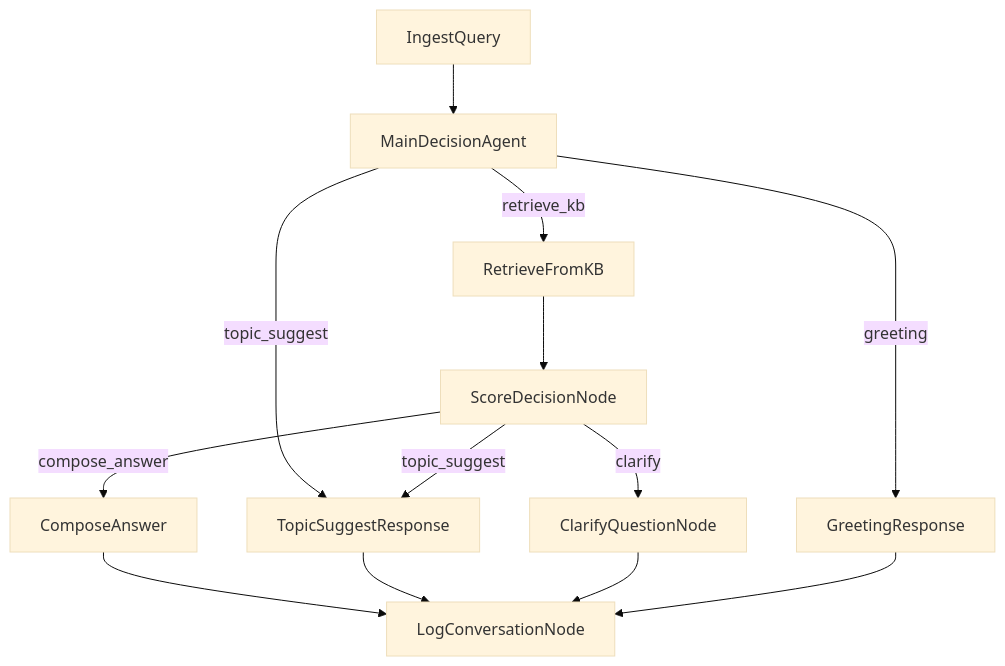
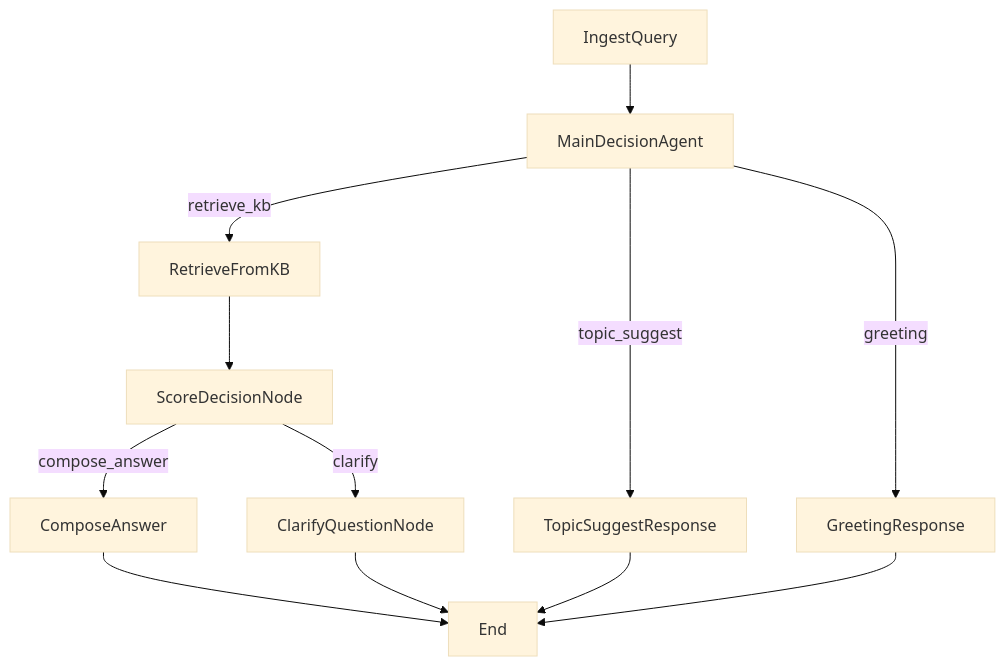
The diagram in docs/updated_flow_diagram.md (NguyenNhat4/chatbot-rhm-api), drawn with Mermaid (base theme) before and after one commit.

Commit message:
Update flow diagram to finalize node connections
- Changed the flow diagram to connect all nodes to the End node instead of the LogConversationNode, streamlining the flow and enhancing clarity in the updated medical agent process.

````diff
--- a/docs/updated_flow_diagram.md
+++ b/docs/updated_flow_diagram.md
@@ -5,19 +5,19 @@
 ```mermaid
 flowchart TD
     start[IngestQuery] --> main[MainDecisionAgent]
     
     main -->|retrieve_kb| retrieve[RetrieveFromKB]
     main -->|topic_suggest| topic[TopicSuggestResponse]
     main -->|greeting| greeting[GreetingResponse]
     
     retrieve --> score[ScoreDecisionNode]
     
     score -->|compose_answer| compose[ComposeAnswer]
-    score -->|topic_suggest| topic
+
     score -->|clarify| clarify[ClarifyQuestionNode]
     
-    compose --> log[LogConversationNode]
-    topic --> log
-    clarify --> log
-    greeting --> log
+    compose --> End
+    topic --> End
+    clarify --> End
+    greeting --> End
 ```
````
